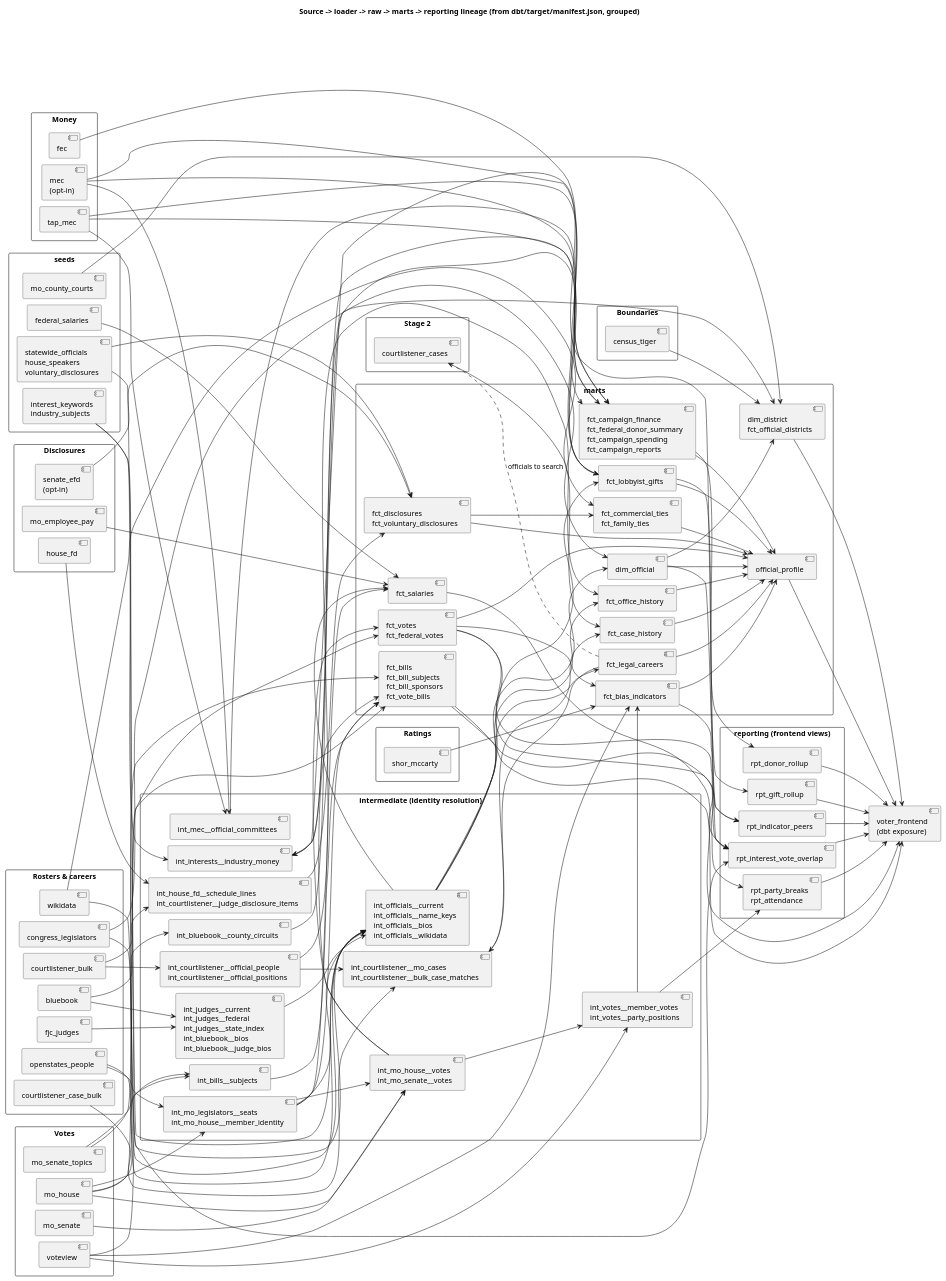
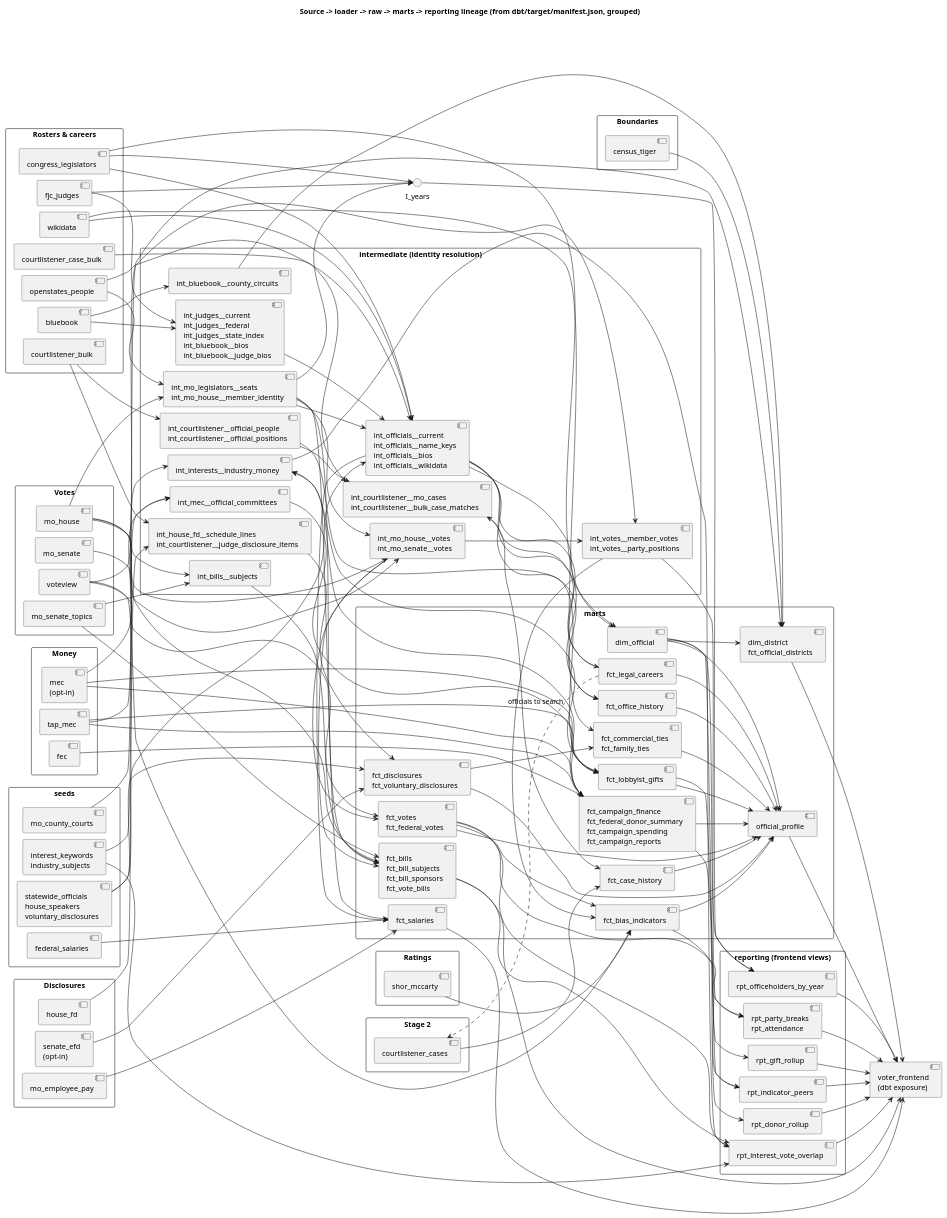
The diagram in docs/diagrams/lineage.puml (akettmann/missouri_gov_feed), drawn with PlantUML before and after one commit. The commit also changed 19 other files, not shown here.

First line of the commit message:
Officials list: current officeholders by default, year look-back, office tiles

```diff
--- a/docs/diagrams/lineage.puml
+++ b/docs/diagrams/lineage.puml
@@ -84,6 +84,7 @@
   [rpt_donor_rollup] as R_money
   [rpt_gift_rollup] as R_gifts
   [rpt_interest_vote_overlap] as R_overlap
+  [rpt_officeholders_by_year] as R_years
 }
 [voter_frontend\n(dbt exposure)] as EXP
 
@@ -192,5 +193,11 @@
 F_votes --> R_overlap
 S_interest --> R_overlap
 R_overlap --> EXP
+I_seats --> I_years
+L_cl --> I_years
+L_fjc --> I_years
+I_years --> R_years
+dim --> R_years
+R_years --> EXP
 profile --> EXP
 @enduml
```
